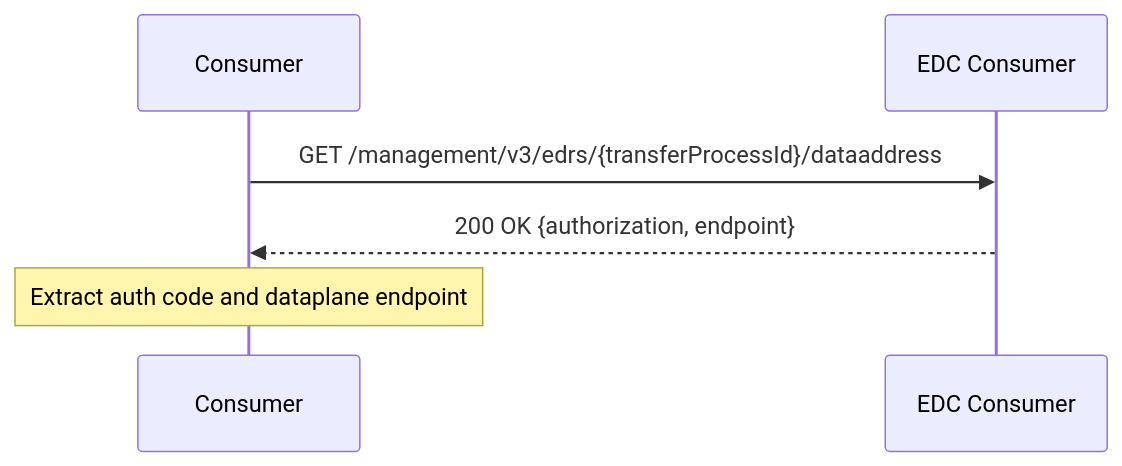
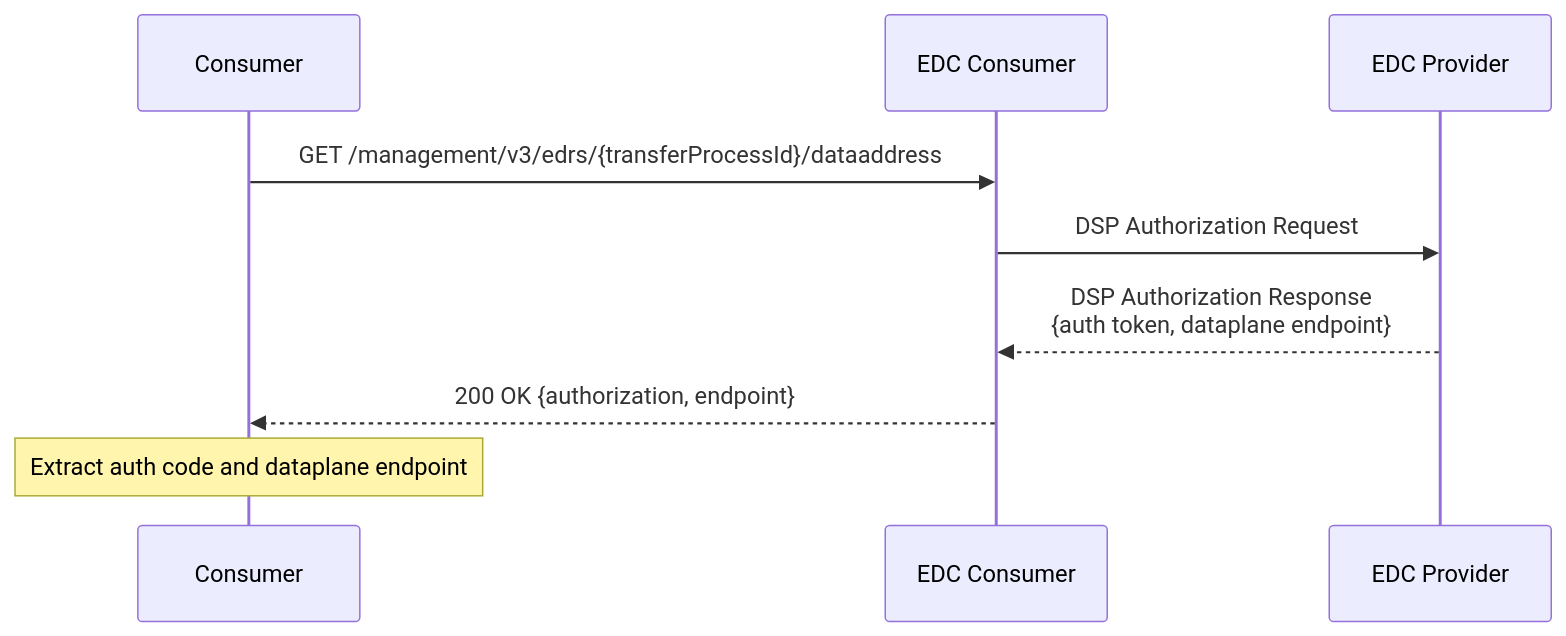
Before and after one commit to borrmann-dev/construct-x-edge-k8s: the seventh of 8 diagrams in scripts/README.md, drawn with Mermaid. The commit also changed other lines of this file, not shown here.

````diff
--- a/scripts/README.md
+++ b/scripts/README.md
@@ -128,9 +132,12 @@
 ```mermaid
 sequenceDiagram
     participant Consumer
     participant EDC_Consumer as EDC Consumer
+    participant EDC_Provider as EDC Provider
 
     Consumer->>EDC_Consumer: GET /management/v3/edrs/{transferProcessId}/dataaddress
+    EDC_Consumer->>EDC_Provider: DSP Authorization Request
+    EDC_Provider-->>EDC_Consumer: DSP Authorization Response<br/>{auth token, dataplane endpoint}
     EDC_Consumer-->>Consumer: 200 OK {authorization, endpoint}
     Note over Consumer: Extract auth code and dataplane endpoint
 ```
````
